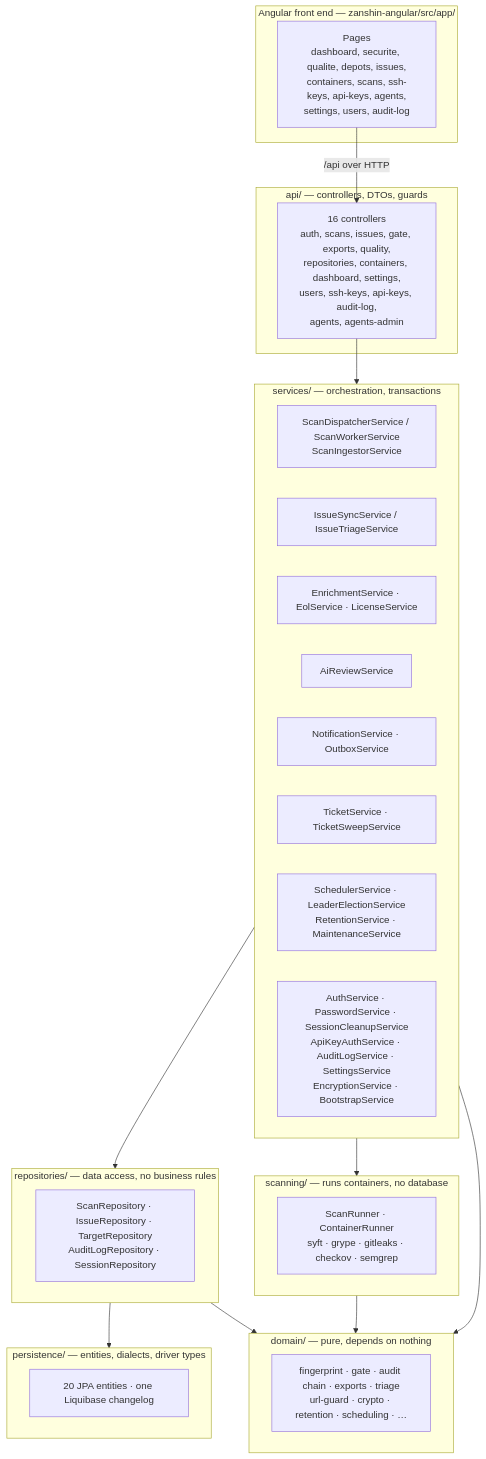
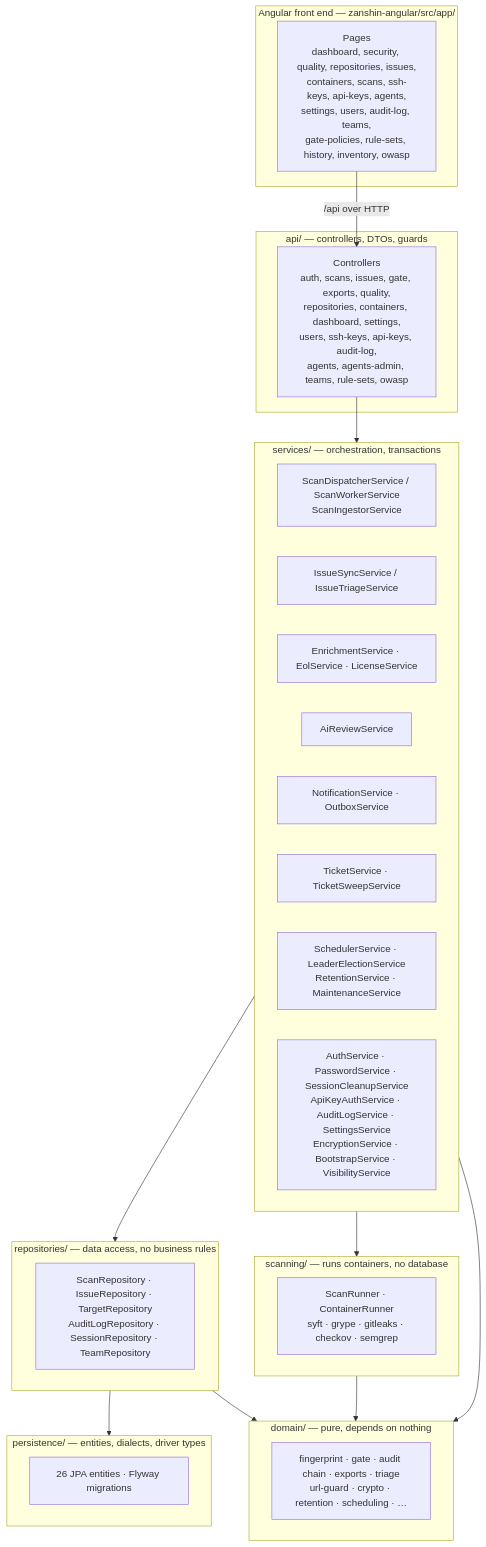
Before and after one commit to asmolabs/vectispire: the first of 3 diagrams in docs/TECHNICAL_DOCUMENTATION.md, drawn with Mermaid. The commit also changed other lines of this file and 248 other files, not shown here.

First line of the commit message:
feat(security,i18n,core): add multi-dialect migrations, security scorecards, full i18n, target cascade deletion & test secrets cleanup

````diff
--- a/docs/TECHNICAL_DOCUMENTATION.md
+++ b/docs/TECHNICAL_DOCUMENTATION.md
@@ -14,46 +14,46 @@
 ```mermaid
 flowchart TB
     subgraph front["Angular front end — zanshin-angular/src/app/"]
-        Pages["Pages<br/>dashboard, securite, qualite, depots, issues,<br/>containers, scans, ssh-keys, api-keys, agents,<br/>settings, users, audit-log"]
+        Pages["Pages<br/>dashboard, security, quality, repositories, issues,<br/>containers, scans, ssh-keys, api-keys, agents,<br/>settings, users, audit-log, teams,<br/>gate-policies, rule-sets, history, inventory, owasp"]
     end
 
     subgraph api["api/ — controllers, DTOs, guards"]
-        Routes["16 controllers<br/>auth, scans, issues, gate, exports, quality,<br/>repositories, containers, dashboard, settings,<br/>users, ssh-keys, api-keys, audit-log,<br/>agents, agents-admin"]
+        Routes["Controllers<br/>auth, scans, issues, gate, exports, quality,<br/>repositories, containers, dashboard, settings,<br/>users, ssh-keys, api-keys, audit-log,<br/>agents, agents-admin, teams, rule-sets, owasp"]
     end
 
     subgraph services["services/ — orchestration, transactions"]
         Scan["ScanDispatcherService / ScanWorkerService<br/>ScanIngestorService"]
         Issue["IssueSyncService / IssueTriageService"]
         Enrich["EnrichmentService · EolService · LicenseService"]
         Ai["AiReviewService"]
         Notify["NotificationService · OutboxService"]
         Ticket["TicketService · TicketSweepService"]
         Ops["SchedulerService · LeaderElectionService<br/>RetentionService · MaintenanceService"]
-        Auth["AuthService · PasswordService · SessionCleanupService<br/>ApiKeyAuthService · AuditLogService · SettingsService<br/>EncryptionService · BootstrapService"]
+        Auth["AuthService · PasswordService · SessionCleanupService<br/>ApiKeyAuthService · AuditLogService · SettingsService<br/>EncryptionService · BootstrapService · VisibilityService"]
     end
 
     subgraph repos["repositories/ — data access, no business rules"]
-        R["ScanRepository · IssueRepository · TargetRepository<br/>AuditLogRepository · SessionRepository"]
+        R["ScanRepository · IssueRepository · TargetRepository<br/>AuditLogRepository · SessionRepository · TeamRepository"]
     end
 
     subgraph persistence["persistence/ — entities, dialects, driver types"]
-        Ent["20 JPA entities · one Liquibase changelog"]
+        Ent["26 JPA entities · Flyway migrations"]
     end
 
     subgraph domain["domain/ — pure, depends on nothing"]
         D["fingerprint · gate · audit chain · exports · triage<br/>url-guard · crypto · retention · scheduling · …"]
     end
 
     subgraph scanning["scanning/ — runs containers, no database"]
         S["ScanRunner · ContainerRunner<br/>syft · grype · gitleaks · checkov · semgrep"]
     end
 
     Pages -->|"/api over HTTP"| Routes
     Routes --> services
     services --> repos
     repos --> persistence
     services --> scanning
     services --> domain
     repos --> domain
     scanning --> domain
 ```
````
